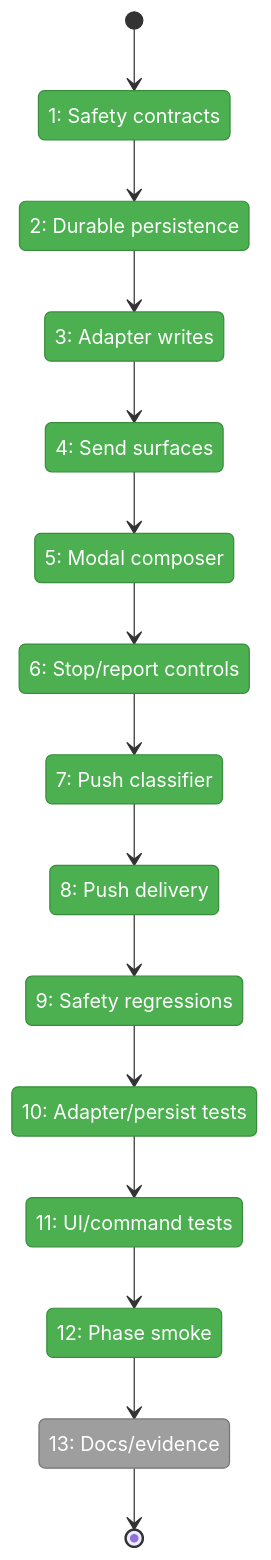
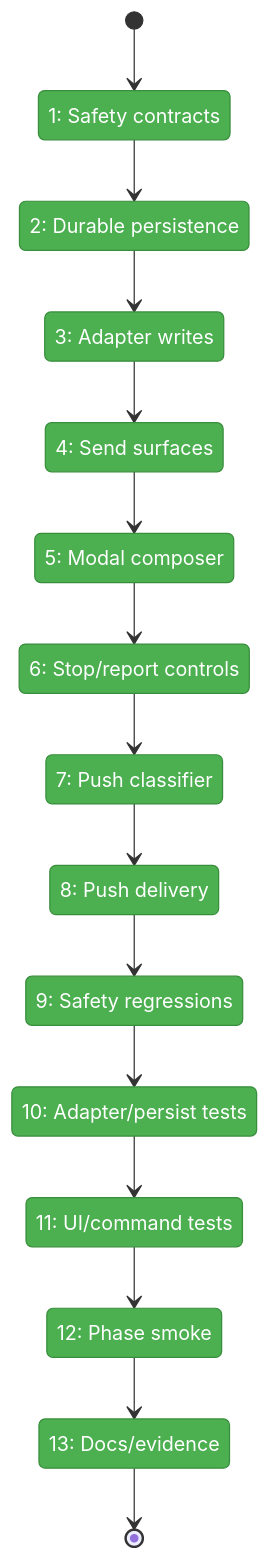
Before and after one commit to vaughanknight/pij: the first of 2 diagrams in docs/plans/007-options-for-pi-extensions-that-do-subagents/tasks/phase-3-interaction-push-context-and-hardening/tasks.fltplan.md, drawn with Mermaid. The commit also changed other lines of this file and 10 other files, not shown here.

````diff
--- a/docs/plans/007-options-for-pi-extensions-that-do-subagents/tasks/phase-3-interaction-push-context-and-hardening/tasks.fltplan.md
+++ b/docs/plans/007-options-for-pi-extensions-that-do-subagents/tasks/phase-3-interaction-push-context-and-hardening/tasks.fltplan.md
@@ -43,39 +43,38 @@
 ```mermaid
 stateDiagram-v2
     classDef pending fill:#9E9E9E,stroke:#757575,color:#fff
     classDef active fill:#FFC107,stroke:#FFA000,color:#000
     classDef done fill:#4CAF50,stroke:#388E3C,color:#fff
     classDef blocked fill:#F44336,stroke:#D32F2F,color:#fff
 
     state "1: Safety contracts" as S1
     state "2: Durable persistence" as S2
     state "3: Adapter writes" as S3
     state "4: Send surfaces" as S4
     state "5: Modal composer" as S5
     state "6: Stop/report controls" as S6
     state "7: Push classifier" as S7
     state "8: Push delivery" as S8
     state "9: Safety regressions" as S9
     state "10: Adapter/persist tests" as S10
     state "11: UI/command tests" as S11
     state "12: Phase smoke" as S12
     state "13: Docs/evidence" as S13
 
     [*] --> S1
     S1 --> S2
     S2 --> S3
     S3 --> S4
     S4 --> S5
     S5 --> S6
     S6 --> S7
     S7 --> S8
     S8 --> S9
     S9 --> S10
     S10 --> S11
     S11 --> S12
     S12 --> S13
     S13 --> [*]
 
-    class S1,S2,S3,S4,S5,S6,S7,S8,S9,S10,S11,S12 done
-    class S13 pending
+    class S1,S2,S3,S4,S5,S6,S7,S8,S9,S10,S11,S12,S13 done
 ```
````
